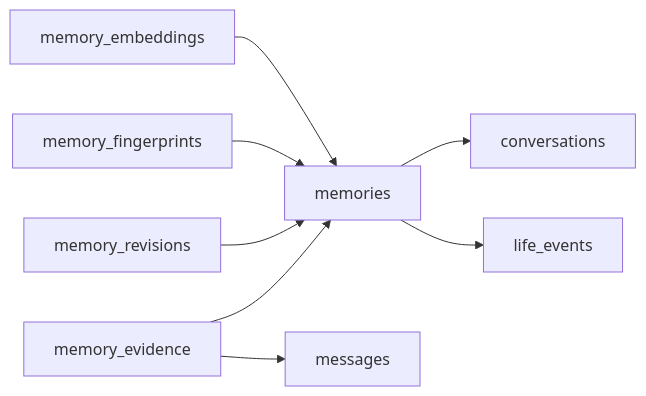
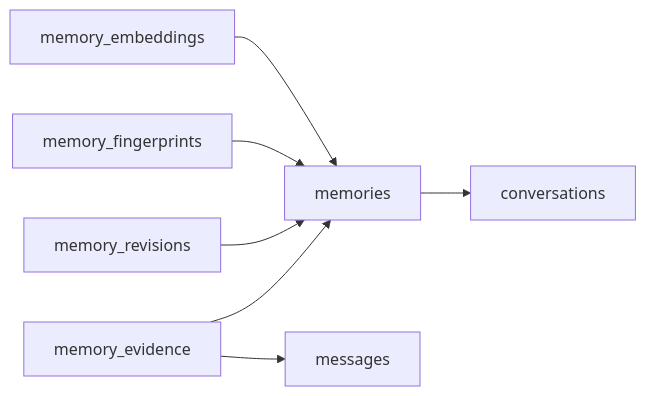
The eighth of 8 diagrams in docs/DATABASE.md (yangjinming1062/SpiritAgent), drawn with Mermaid before and after one commit. The commit also changed other lines of this file and 104 other files, not shown here.

````diff
--- a/docs/DATABASE.md
+++ b/docs/DATABASE.md
@@ -149,10 +153,9 @@
 ```mermaid
 flowchart LR
     memories --> conversations
-    memories --> life_events
     memory_evidence --> memories
     memory_evidence --> messages
     memory_revisions --> memories
     memory_fingerprints --> memories
     memory_embeddings --> memories
 ```
````
